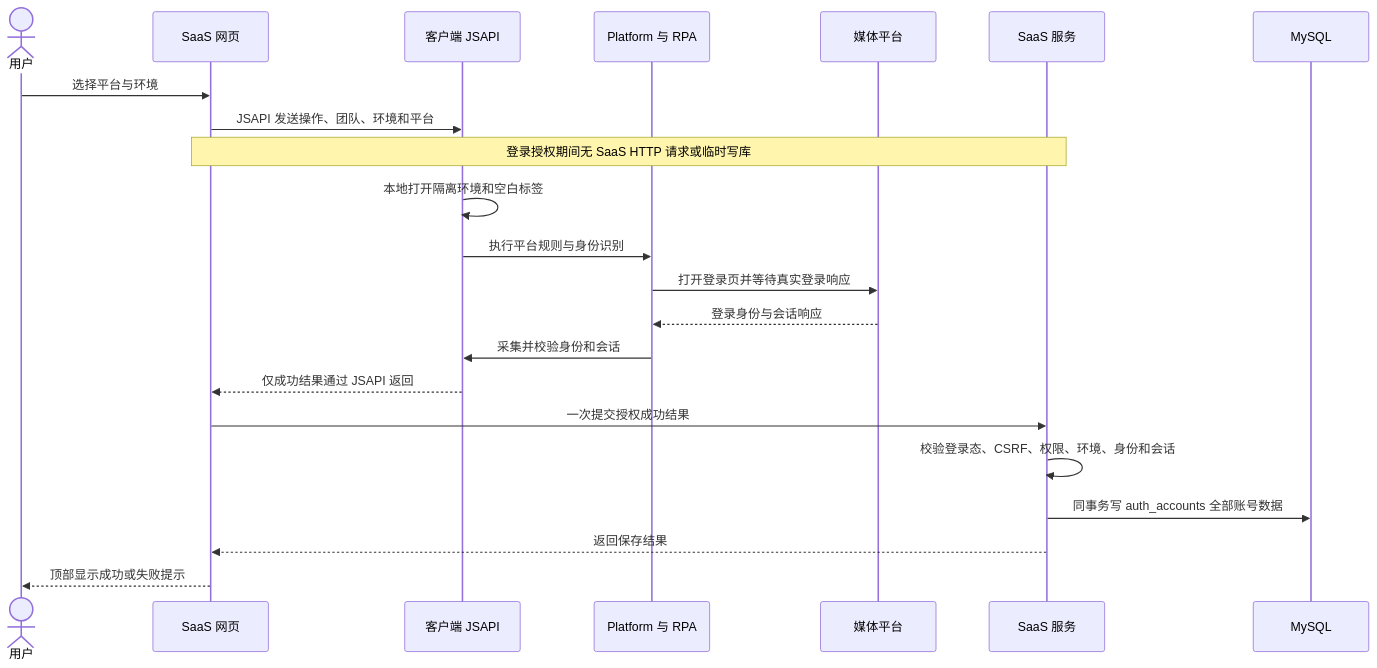
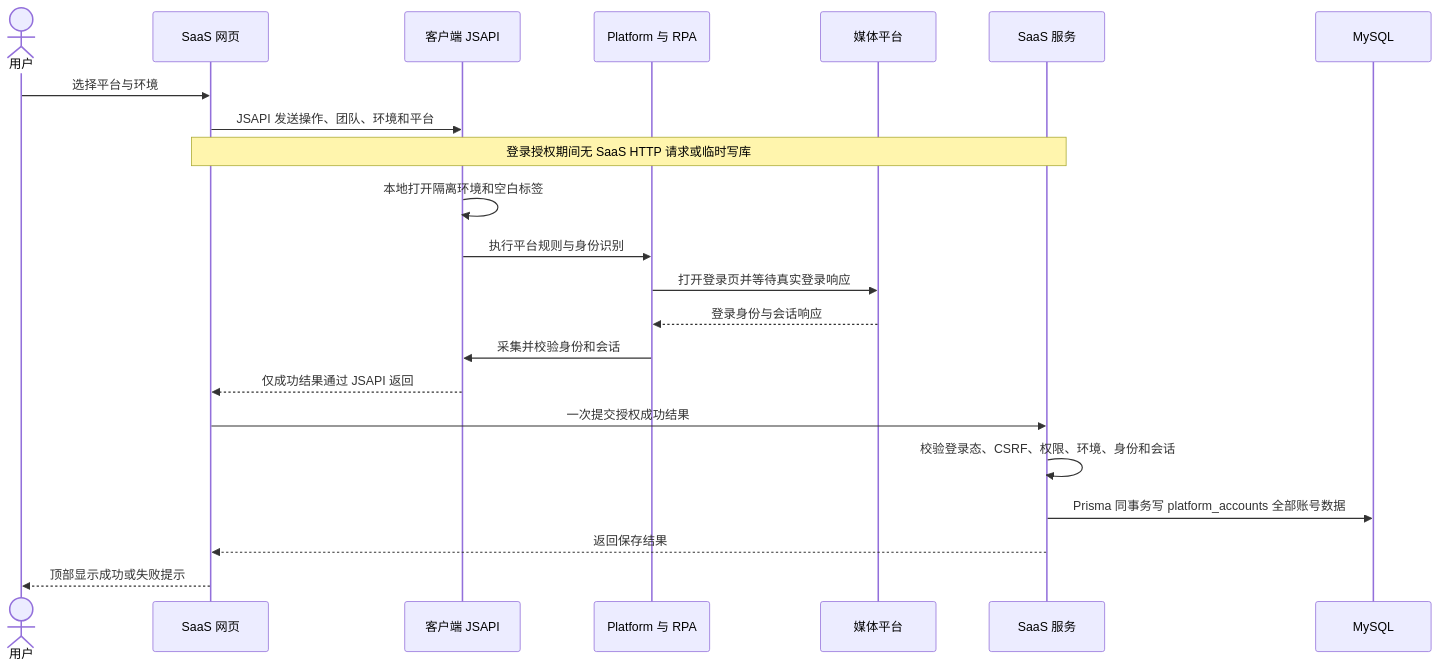
One commit to gplwzz1989/electron.fingerprint changed the fourth of 5 diagrams in docs/项目关系与开发流程.md. Above: the diagram before and after it, drawn with Mermaid. The commit also changed other lines of this file and 23 other files, not shown here.

````diff
--- a/docs/项目关系与开发流程.md
+++ b/docs/项目关系与开发流程.md
@@ -85,24 +85,24 @@
 ```mermaid
 sequenceDiagram
     actor 用户
     participant 网页 as SaaS 网页
     participant 客户端 as 客户端 JSAPI
     participant 能力 as Platform 与 RPA
     participant 平台 as 媒体平台
     participant 服务 as SaaS 服务
     participant 数据 as MySQL
     用户->>网页: 选择平台与环境
     网页->>客户端: JSAPI 发送操作、团队、环境和平台
     Note over 网页,服务: 登录授权期间无 SaaS HTTP 请求或临时写库
     客户端->>客户端: 本地打开隔离环境和空白标签
     客户端->>能力: 执行平台规则与身份识别
     能力->>平台: 打开登录页并等待真实登录响应
     平台-->>能力: 登录身份与会话响应
     能力->>客户端: 采集并校验身份和会话
     客户端-->>网页: 仅成功结果通过 JSAPI 返回
     网页->>服务: 一次提交授权成功结果
     服务->>服务: 校验登录态、CSRF、权限、环境、身份和会话
-    服务->>数据: 同事务写 auth_accounts 全部账号数据
+    服务->>数据: Prisma 同事务写 platform_accounts 全部账号数据
     服务-->>网页: 返回保存结果
     网页-->>用户: 顶部显示成功或失败提示
 ```
````
